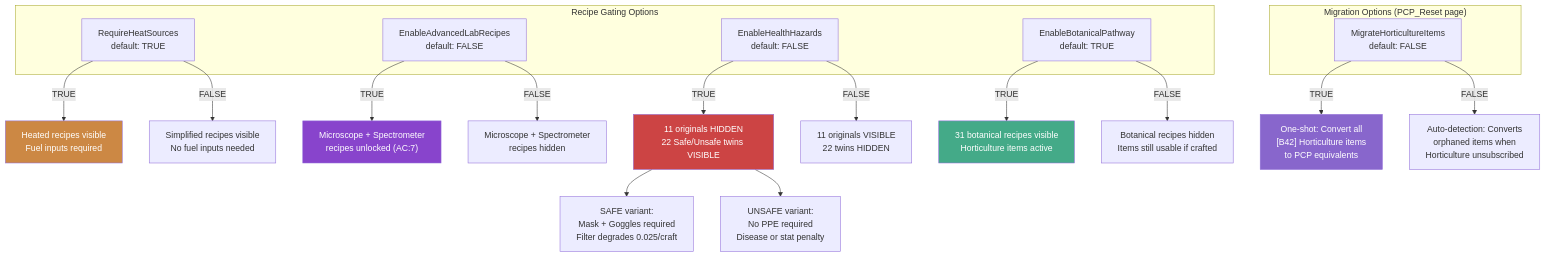
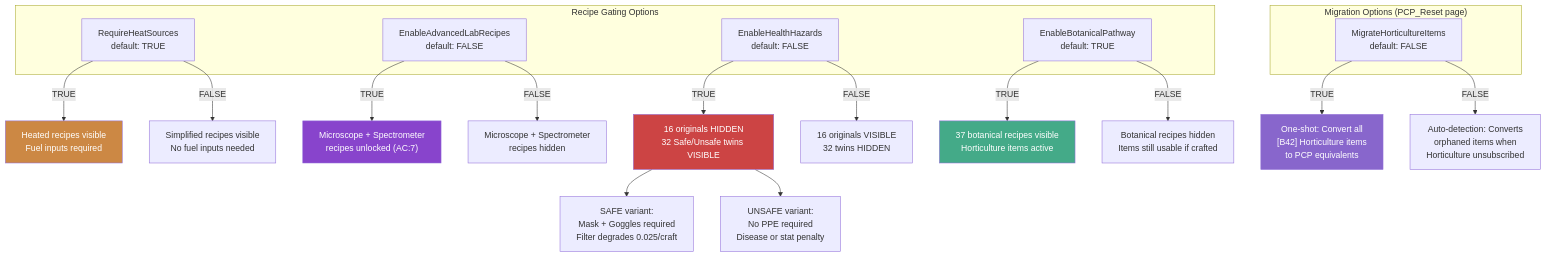
One commit to phobos-dthorga/mod-pz-chemistry-pathways changed the diagram in docs/mermaid-src/sandbox-recipe-gating.mmd. Above: the diagram before and after it, drawn with Mermaid. The commit also changed 16 other files, not shown here.

```diff
--- a/docs/mermaid-src/sandbox-recipe-gating.mmd
+++ b/docs/mermaid-src/sandbox-recipe-gating.mmd
@@ -1,35 +1,35 @@
 graph TB
     subgraph OPTIONS["Recipe Gating Options"]
         S1["RequireHeatSources<br/>default: TRUE"]
         S2["EnableAdvancedLabRecipes<br/>default: FALSE"]
         S3["EnableHealthHazards<br/>default: FALSE"]
         S4["EnableBotanicalPathway<br/>default: TRUE"]
     end
 
     S1 -->|"TRUE"| H_ON["Heated recipes visible<br/>Fuel inputs required"]
     S1 -->|"FALSE"| H_OFF["Simplified recipes visible<br/>No fuel inputs needed"]
 
     S2 -->|"TRUE"| A_ON["Microscope + Spectrometer<br/>recipes unlocked (AC:7)"]
     S2 -->|"FALSE"| A_OFF["Microscope + Spectrometer<br/>recipes hidden"]
 
-    S3 -->|"TRUE"| Z_ON["11 originals HIDDEN<br/>22 Safe/Unsafe twins VISIBLE"]
-    S3 -->|"FALSE"| Z_OFF["11 originals VISIBLE<br/>22 twins HIDDEN"]
+    S3 -->|"TRUE"| Z_ON["16 originals HIDDEN<br/>32 Safe/Unsafe twins VISIBLE"]
+    S3 -->|"FALSE"| Z_OFF["16 originals VISIBLE<br/>32 twins HIDDEN"]
 
-    S4 -->|"TRUE"| B_ON["31 botanical recipes visible<br/>Horticulture items active"]
+    S4 -->|"TRUE"| B_ON["37 botanical recipes visible<br/>Horticulture items active"]
     S4 -->|"FALSE"| B_OFF["Botanical recipes hidden<br/>Items still usable if crafted"]
 
     Z_ON --> SAFE["SAFE variant:<br/>Mask + Goggles required<br/>Filter degrades 0.025/craft"]
     Z_ON --> UNSAFE["UNSAFE variant:<br/>No PPE required<br/>Disease or stat penalty"]
 
     subgraph MIGRATE["Migration Options (PCP_Reset page)"]
         M1["MigrateHorticultureItems<br/>default: FALSE"]
     end
 
     M1 -->|"TRUE"| M_ON["One-shot: Convert all<br/>[B42] Horticulture items<br/>to PCP equivalents"]
     M1 -->|"FALSE"| M_AUTO["Auto-detection: Converts<br/>orphaned items when<br/>Horticulture unsubscribed"]
 
     style H_ON fill:#c84,color:#fff
     style A_ON fill:#84c,color:#fff
     style Z_ON fill:#c44,color:#fff
     style B_ON fill:#4a8,color:#fff
     style M_ON fill:#86c,color:#fff
```
